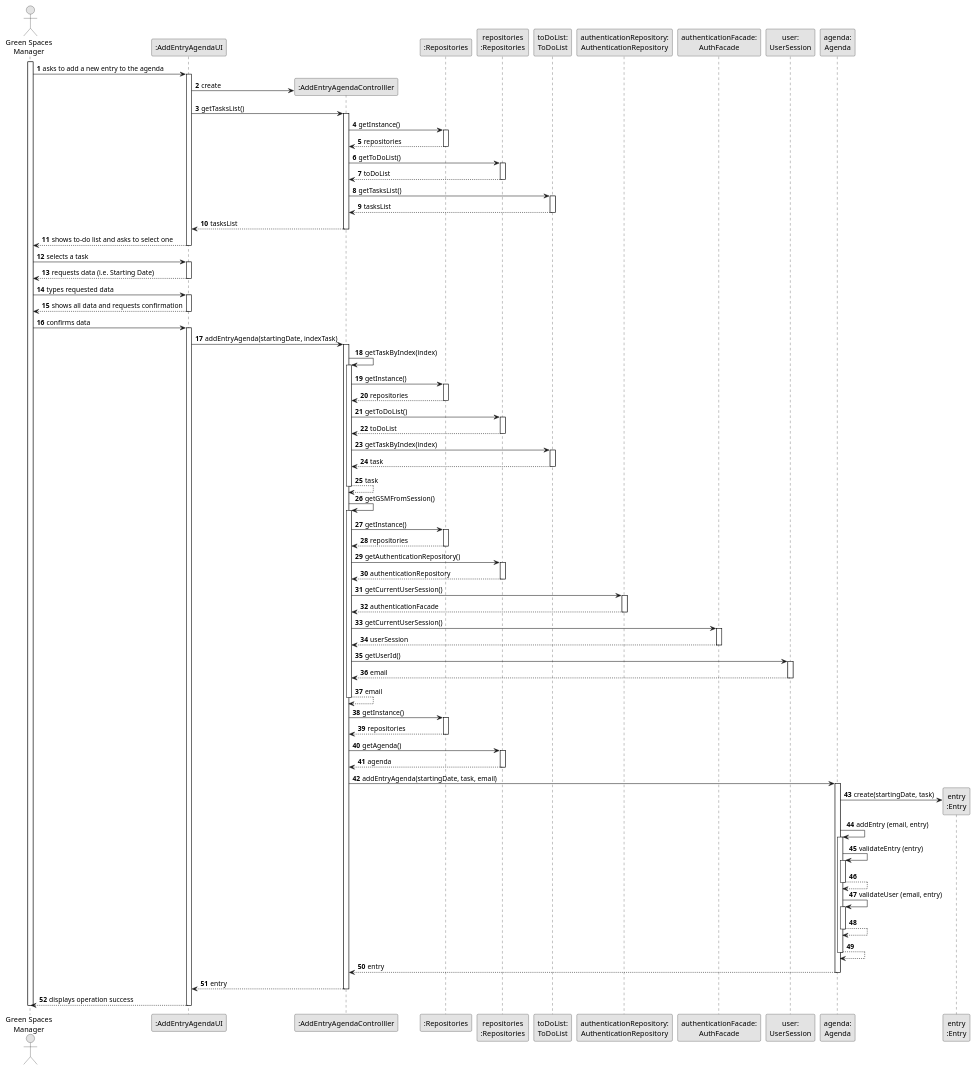
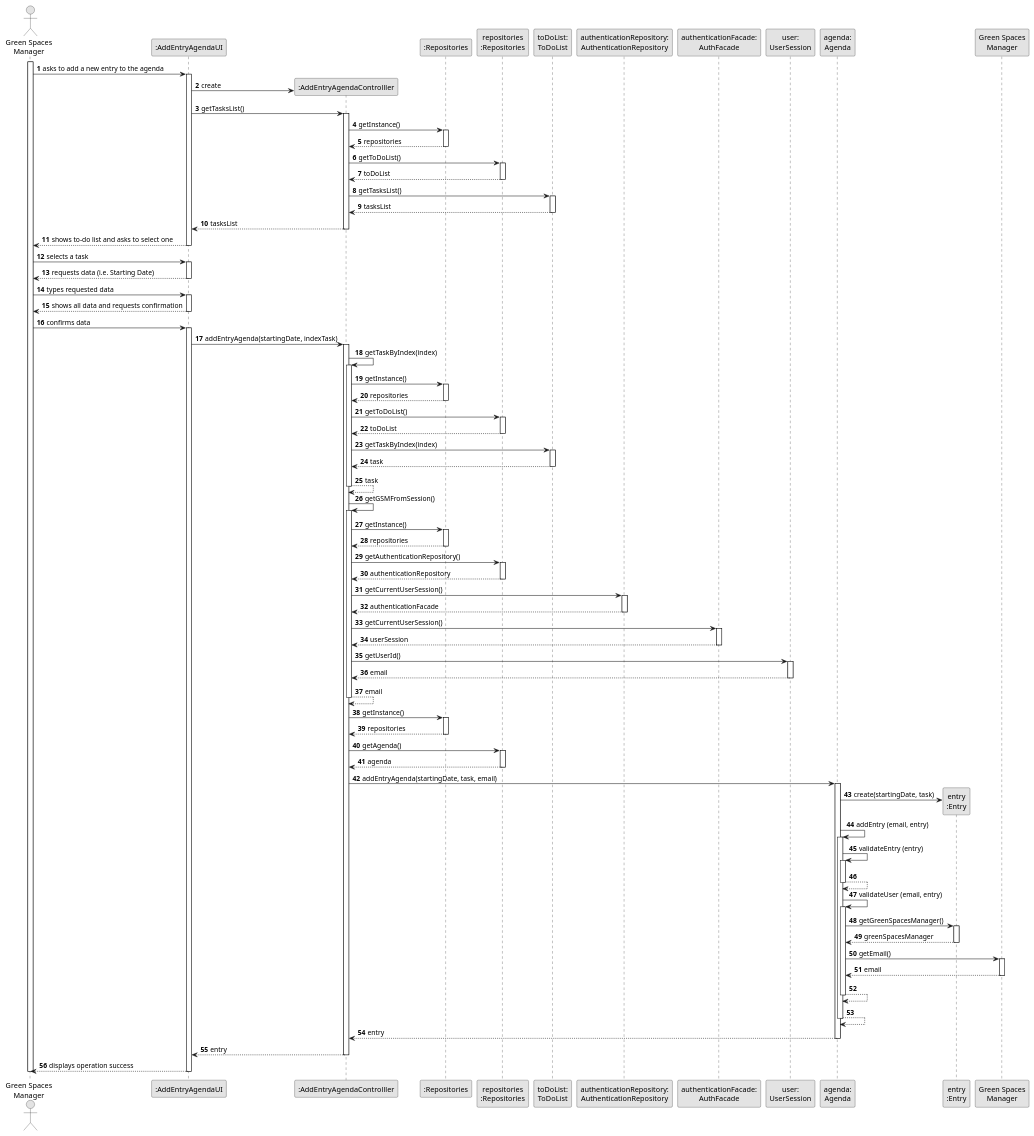
Before and after one commit to daniel41silva05/ISEP_2023_2024_LAPR2: the diagram in docs/sprintA&B&C/us022/03.design/puml/us022-sequence-diagram-full.puml, drawn with PlantUML. The commit also changed 4 other files, not shown here.

Commit message:
US22/US23 - Update Sequence Diagram

```diff
--- a/docs/sprintA&B&C/us022/03.design/puml/us022-sequence-diagram-full.puml
+++ b/docs/sprintA&B&C/us022/03.design/puml/us022-sequence-diagram-full.puml
@@ -1,179 +1,192 @@
 @startuml
 skinparam monochrome true
 skinparam packageStyle rectangle
 skinparam shadowing false
 
 autonumber
 
 'hide footbox
 actor "Green Spaces\nManager" as GSM
 participant ":AddEntryAgendaUI" as UI
 participant ":AddEntryAgendaControlller" as CTRL
 participant ":Repositories" as REP
 participant "repositories\n:Repositories" as REPS
 participant "toDoList:\nToDoList" as toDoList
 participant "authenticationRepository:\nAuthenticationRepository" as authentication
 participant "authenticationFacade:\nAuthFacade" as authFacade
 participant "user:\nUserSession" as user
 participant "agenda:\nAgenda" as agenda
 participant "entry\n:Entry" as ENTRY
+participant "Green Spaces\nManager" as USER
 
 activate GSM
 
     GSM -> UI : asks to add a new entry to the agenda
     activate UI
 
         UI -> CTRL** : create
 
         UI -> CTRL : getTasksList()
         activate CTRL
 
             CTRL -> REP : getInstance()
             activate REP
 
             REP --> CTRL: repositories
             deactivate REP
 
             CTRL -> REPS : getToDoList()
             activate REPS
 
             REPS --> CTRL: toDoList
             deactivate REPS
 
             CTRL -> toDoList: getTasksList()
             activate toDoList
 
             toDoList --> CTRL : tasksList
             deactivate toDoList
 
             CTRL --> UI : tasksList
             deactivate CTRL
 
     UI --> GSM : shows to-do list and asks to select one
     deactivate UI
 
     GSM -> UI : selects a task
     activate UI
 
     UI --> GSM : requests data (i.e. Starting Date)
     deactivate UI
 
     GSM -> UI : types requested data
     activate UI
 
     UI --> GSM : shows all data and requests confirmation
     deactivate UI
 
     GSM -> UI : confirms data
     activate UI
 
         UI -> CTRL: addEntryAgenda(startingDate, indexTask)
         activate CTRL
 
             CTRL -> CTRL: getTaskByIndex(index)
             activate CTRL
 
             CTRL -> REP: getInstance()
             activate REP
 
             REP --> CTRL: repositories
             deactivate REP
 
             CTRL -> REPS: getToDoList()
             activate REPS
 
             REPS --> CTRL: toDoList
             deactivate REPS
 
             CTRL -> toDoList: getTaskByIndex(index)
             activate toDoList
 
             toDoList --> CTRL: task
             deactivate toDoList
 
             CTRL --> CTRL: task
             deactivate CTRL
 
             CTRL -> CTRL: getGSMFromSession()
             activate CTRL
 
             CTRL -> REP: getInstance()
             activate REP
 
             REP --> CTRL: repositories
             deactivate REP
 
             CTRL -> REPS: getAuthenticationRepository()
             activate REPS
 
             REPS --> CTRL: authenticationRepository
             deactivate REPS
 
             CTRL -> authentication: getCurrentUserSession()
             activate authentication
 
             authentication --> CTRL: authenticationFacade
             deactivate authentication
 
             CTRL -> authFacade: getCurrentUserSession()
             activate authFacade
 
             authFacade --> CTRL: userSession
             deactivate authFacade
 
             CTRL -> user: getUserId()
             activate user
 
             user --> CTRL: email
             deactivate user
 
             CTRL --> CTRL: email
             deactivate CTRL
 
             CTRL -> REP: getInstance()
             activate REP
 
             REP --> CTRL: repositories
             deactivate REP
 
             CTRL -> REPS: getAgenda()
             activate REPS
 
             REPS --> CTRL: agenda
             deactivate REPS
 
             CTRL -> agenda: addEntryAgenda(startingDate, task, email)
             activate agenda
 
                 agenda -> ENTRY** : create(startingDate, task)
 
                 agenda -> agenda: addEntry (email, entry)
                 activate agenda
 
                 agenda -> agenda: validateEntry (entry)
                 activate agenda
 
                 agenda --> agenda
                 deactivate agenda
 
                 agenda -> agenda: validateUser (email, entry)
                 activate agenda
 
+                    agenda -> ENTRY: getGreenSpacesManager()
+                    activate ENTRY
+
+                    ENTRY --> agenda: greenSpacesManager
+                    deactivate ENTRY
+
+                    agenda -> USER: getEmail()
+                    activate USER
+
+                    USER --> agenda: email
+                    deactivate USER
+
                 agenda --> agenda
                 deactivate agenda
 
                 agenda --> agenda
                 deactivate agenda
 
             agenda --> CTRL: entry
             deactivate agenda
 
         CTRL --> UI: entry
         deactivate CTRL
 
     UI --> GSM: displays operation success
     deactivate UI
 
 deactivate GSM
 
 @enduml
```
